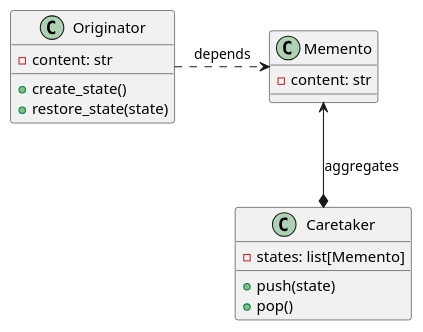
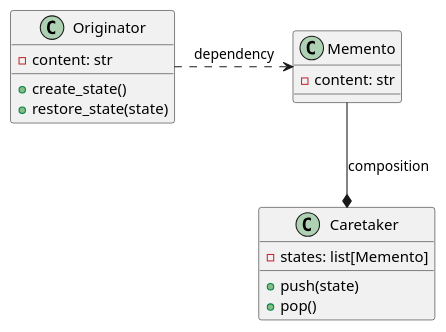
One commit to mateuszdorobek/python3.info changed the diagram in design-patterns/behavioral/uml/designpatterns-memento-pattern.md. Above: the diagram before and after it, drawn with PlantUML. The commit also changed 39 other files, not shown here.

````diff
--- a/design-patterns/behavioral/uml/designpatterns-memento-pattern.md
+++ b/design-patterns/behavioral/uml/designpatterns-memento-pattern.md
@@ -1,22 +1,22 @@
 ```plantuml
 
 class Originator {
     - content: str
     + create_state()
     + restore_state(state)
 }
 
 class Memento {
     - content: str
 }
 
 class Caretaker {
     - states: list[Memento]
     + push(state)
     + pop()
 }
 
-Memento <-down[plain]-* Caretaker : aggregates
-Originator -right[dashed]-> Memento : depends
+Memento -down[plain]-* Caretaker : composition
+Originator -right[dashed]-> Memento : dependency
 
 ```
````
